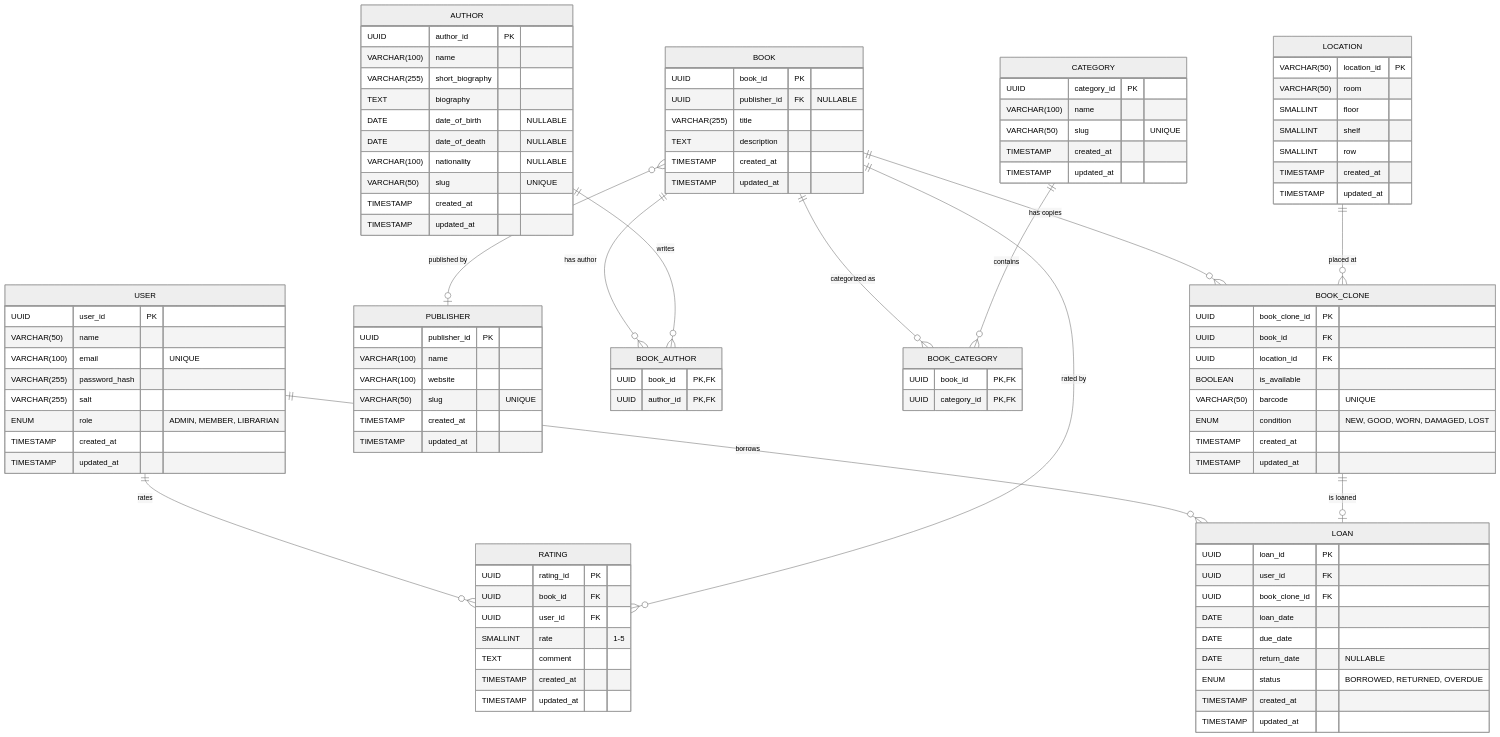
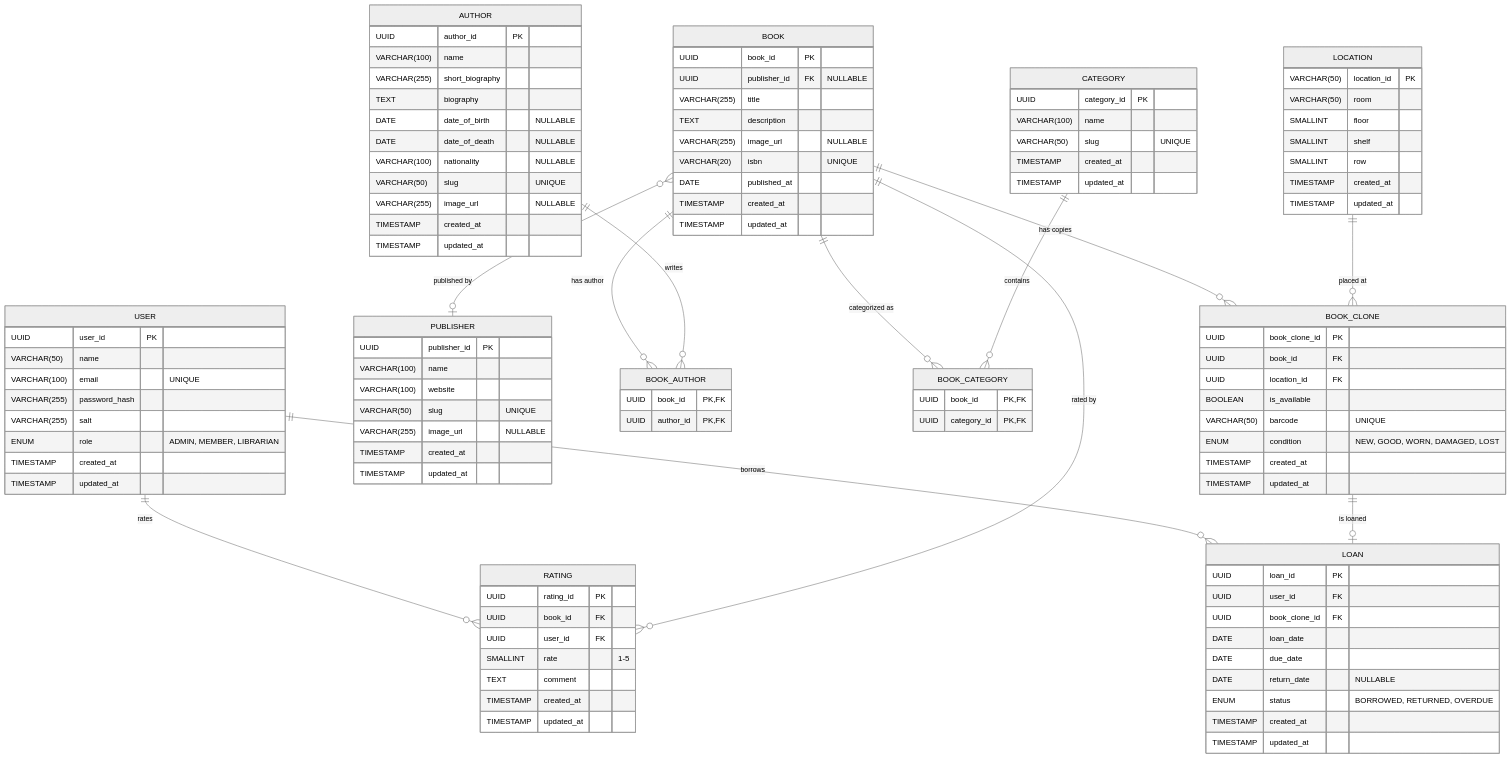
The diagram in README.md (2giosangmitom/library-management), drawn with Mermaid (neutral theme) before and after one commit. The commit also changed 1 other file, not shown here.

Commit message:
feat(api): add image_url and isbn fields to Author, Publisher, and Book models

```diff
--- a/README.md
+++ b/README.md
@@ -36,6 +36,7 @@
     DATE date_of_death "NULLABLE"
     VARCHAR(100) nationality "NULLABLE"
     VARCHAR(50) slug "UNIQUE"
+    VARCHAR(255) image_url "NULLABLE"
     TIMESTAMP created_at
     TIMESTAMP updated_at
   }
@@ -45,6 +46,7 @@
     VARCHAR(100) name
     VARCHAR(100) website
     VARCHAR(50) slug "UNIQUE"
+    VARCHAR(255) image_url "NULLABLE"
     TIMESTAMP created_at
     TIMESTAMP updated_at
   }
@@ -54,6 +56,9 @@
     UUID publisher_id FK "NULLABLE"
     VARCHAR(255) title
     TEXT description
+    VARCHAR(255) image_url "NULLABLE"
+    VARCHAR(20) isbn "UNIQUE"
+    DATE published_at
     TIMESTAMP created_at
     TIMESTAMP updated_at
   }
```
